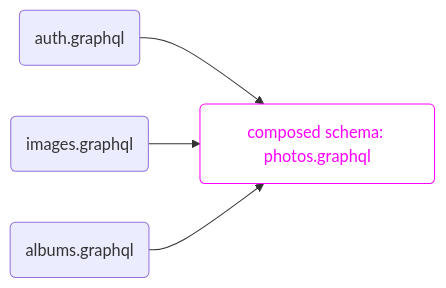
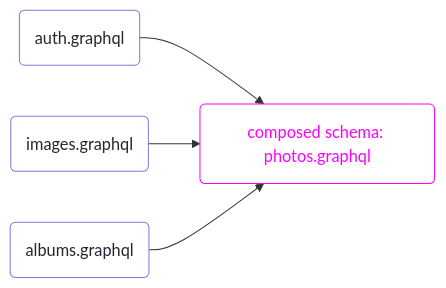
One commit to apollographql/specs-join changed the first of 2 diagrams in join.spec.md. Above: the diagram before and after it, drawn with Mermaid. The commit also changed other lines of this file, not shown here.

First line of the commit message:
Lighten up dark diagrams

````diff
--- a/join.spec.md
+++ b/join.spec.md
@@ -14,7 +14,8 @@
 ```mermaid diagram -- Schema joining multiple subgraphs
 graph LR
-  s1(auth.graphql)-->core(composed schema: photos.graphql)
-  s2(images.graphql)-->core
-  s3(albums.graphql)-->core
+  classDef bg fill:none,color:#22262E;
+  s1(auth.graphql):::bg-->core(composed schema: photos.graphql)
+  s2(images.graphql):::bg-->core
+  s3(albums.graphql):::bg-->core
   style core fill:none,stroke:fuchsia,color:fuchsia;
 ```
````
